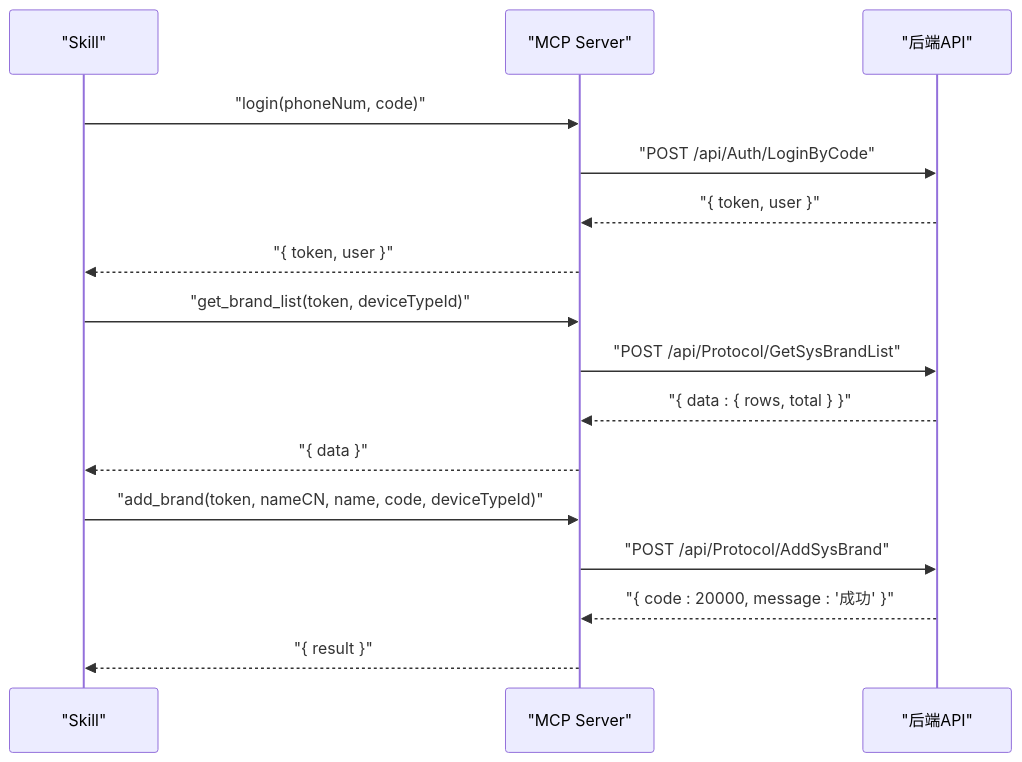
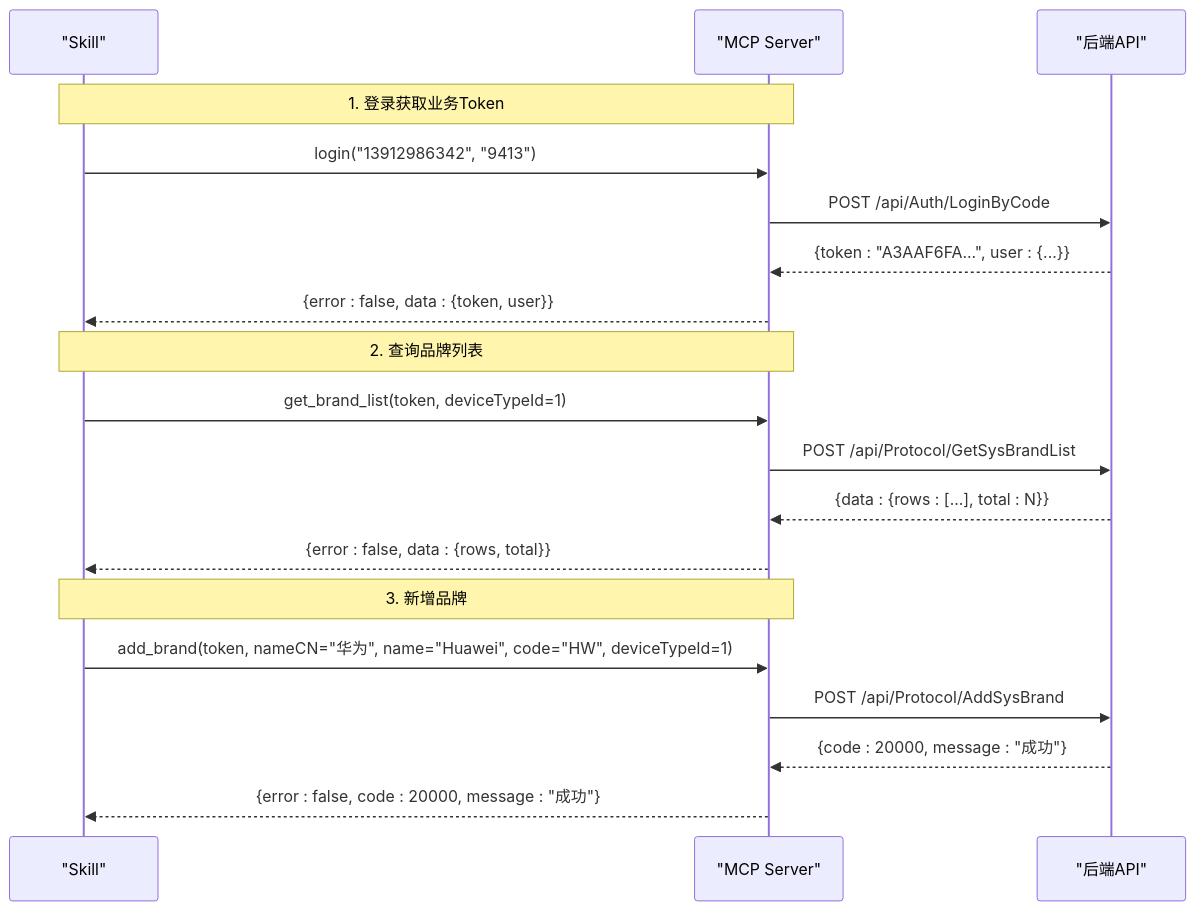
Before and after one commit to rookie-wind/web_ai: the fourth of 5 diagrams in .qoder/repowiki/zh/content/项目概述/核心功能特性/MCP 工具集/MCP 工具集.md, drawn with Mermaid. The commit also changed other lines of this file and 117 other files, not shown here.

````diff
--- a/.qoder/repowiki/zh/content/项目概述/核心功能特性/MCP 工具集/MCP 工具集.md
+++ b/.qoder/repowiki/zh/content/项目概述/核心功能特性/MCP 工具集/MCP 工具集.md
@@ -195,18 +238,21 @@
 ```mermaid
 sequenceDiagram
 participant Skill as "Skill"
 participant MCP as "MCP Server"
 participant API as "后端API"
-Skill->>MCP : "login(phoneNum, code)"
-MCP->>API : "POST /api/Auth/LoginByCode"
-API-->>MCP : "{ token, user }"
-MCP-->>Skill : "{ token, user }"
-Skill->>MCP : "get_brand_list(token, deviceTypeId)"
-MCP->>API : "POST /api/Protocol/GetSysBrandList"
-API-->>MCP : "{ data : { rows, total } }"
-MCP-->>Skill : "{ data }"
-Skill->>MCP : "add_brand(token, nameCN, name, code, deviceTypeId)"
-MCP->>API : "POST /api/Protocol/AddSysBrand"
-API-->>MCP : "{ code : 20000, message : '成功' }"
-MCP-->>Skill : "{ result }"
+Note over Skill,MCP : 1. 登录获取业务Token
+Skill->>MCP : login("13912986342", "9413")
+MCP->>API : POST /api/Auth/LoginByCode
+API-->>MCP : {token : "A3AAF6FA...", user : {...}}
+MCP-->>Skill : {error : false, data : {token, user}}
+Note over Skill,MCP : 2. 查询品牌列表
+Skill->>MCP : get_brand_list(token, deviceTypeId=1)
+MCP->>API : POST /api/Protocol/GetSysBrandList
+API-->>MCP : {data : {rows : [...], total : N}}
+MCP-->>Skill : {error : false, data : {rows, total}}
+Note over Skill,MCP : 3. 新增品牌
+Skill->>MCP : add_brand(token, nameCN="华为", name="Huawei", code="HW", deviceTypeId=1)
+MCP->>API : POST /api/Protocol/AddSysBrand
+API-->>MCP : {code : 20000, message : "成功"}
+MCP-->>Skill : {error : false, code : 20000, message : "成功"}
 ```
````
